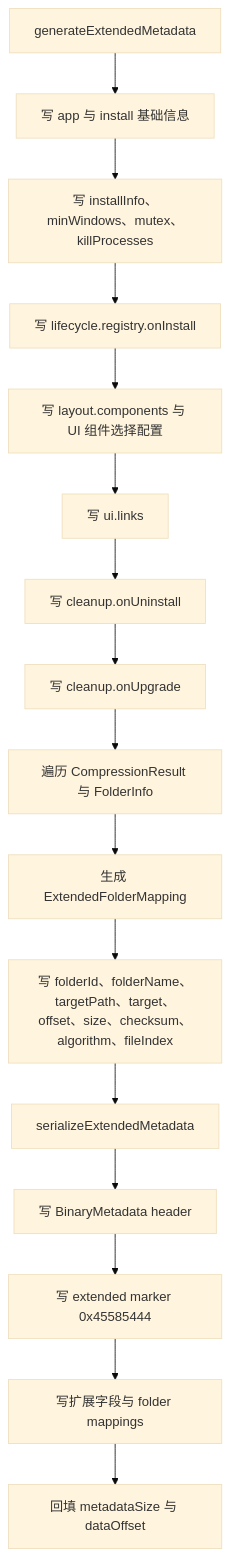
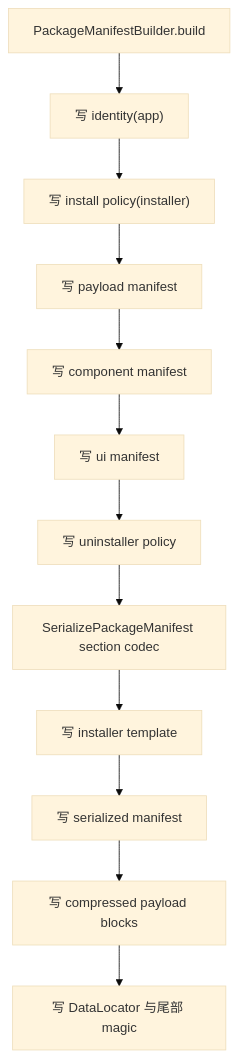
Before and after one commit to lu020218/Multi-Threaded_Installer: the fifth of 6 diagrams in docs/打包器流程图.md, drawn with Mermaid (base theme). The commit also changed other lines of this file and 63 other files, not shown here.

````diff
--- a/docs/打包器流程图.md
+++ b/docs/打包器流程图.md
@@ -116,18 +87,14 @@
 ```mermaid
 flowchart TD
-    A[generateExtendedMetadata] --> B[写 app 与 install 基础信息]
-    B --> C[写 installInfo、minWindows、mutex、killProcesses]
-    C --> D[写 lifecycle.registry.onInstall]
-    D --> E[写 layout.components 与 UI 组件选择配置]
-    E --> F[写 ui.links]
-    F --> G[写 cleanup.onUninstall]
-    G --> H[写 cleanup.onUpgrade]
-    H --> I[遍历 CompressionResult 与 FolderInfo]
-    I --> J[生成 ExtendedFolderMapping]
-    J --> K[写 folderId、folderName、targetPath、target、offset、size、checksum、algorithm、fileIndex]
-    K --> L[serializeExtendedMetadata]
-    L --> M[写 BinaryMetadata header]
-    M --> N[写 extended marker 0x45585444]
-    N --> O[写扩展字段与 folder mappings]
-    O --> P[回填 metadataSize 与 dataOffset]
+    A["PackageManifestBuilder.build"] --> B["写 identity(app)"]
+    B --> C["写 install policy(installer)"]
+    C --> D["写 payload manifest"]
+    D --> E["写 component manifest"]
+    E --> F["写 ui manifest"]
+    F --> G["写 uninstaller policy"]
+    G --> H["SerializePackageManifest section codec"]
+    H --> I["写 installer template"]
+    I --> J["写 serialized manifest"]
+    J --> K["写 compressed payload blocks"]
+    K --> L["写 DataLocator 与尾部 magic"]
 ```
````
